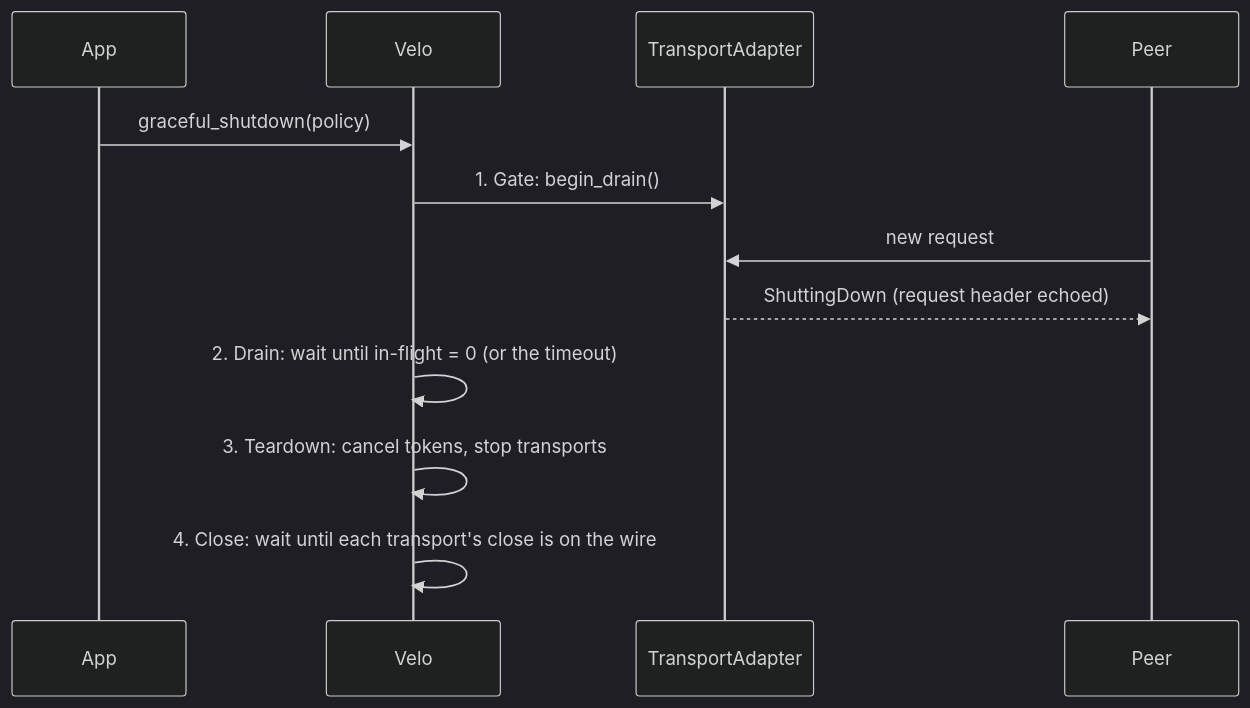
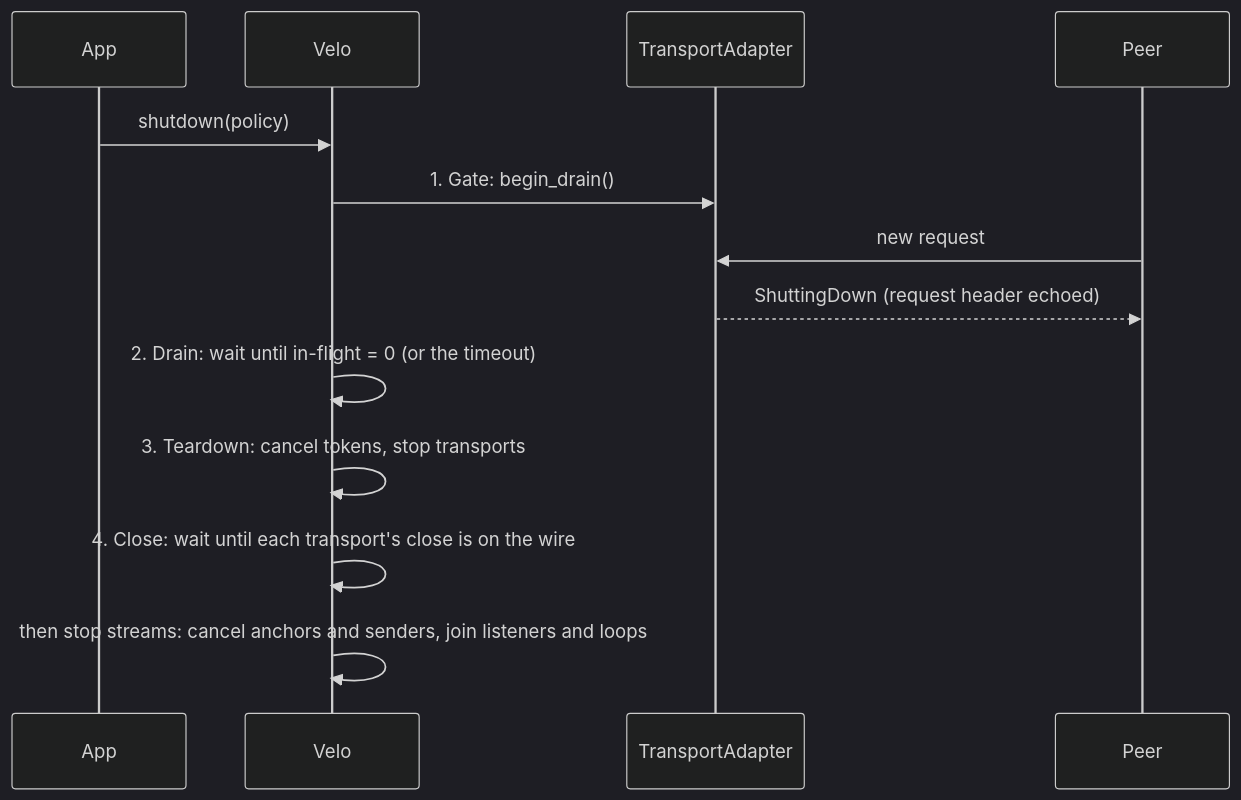
The diagram in docs/src/concepts/shutdown.md (ai-dynamo/velo), drawn with Mermaid (dark theme) before and after one commit. The commit also changed other lines of this file and 8 other files, not shown here.

First line of the commit message:
docs: make Velo::shutdown the one shutdown in the book

````diff
--- a/docs/src/concepts/shutdown.md
+++ b/docs/src/concepts/shutdown.md
@@ -5,14 +5,15 @@
 ```mermaid
 sequenceDiagram
     participant App
     participant Velo
     participant Adapter as TransportAdapter
     participant Peer
-    App->>Velo: graceful_shutdown(policy)
+    App->>Velo: shutdown(policy)
     Velo->>Adapter: 1. Gate: begin_drain()
     Peer->>Adapter: new request
     Adapter-->>Peer: ShuttingDown (request header echoed)
     Velo->>Velo: 2. Drain: wait until in-flight = 0 (or the timeout)
     Velo->>Velo: 3. Teardown: cancel tokens, stop transports
     Velo->>Velo: 4. Close: wait until each transport's close is on the wire
+    Velo->>Velo: then stop streams: cancel anchors and senders, join listeners and loops
 ```
````
